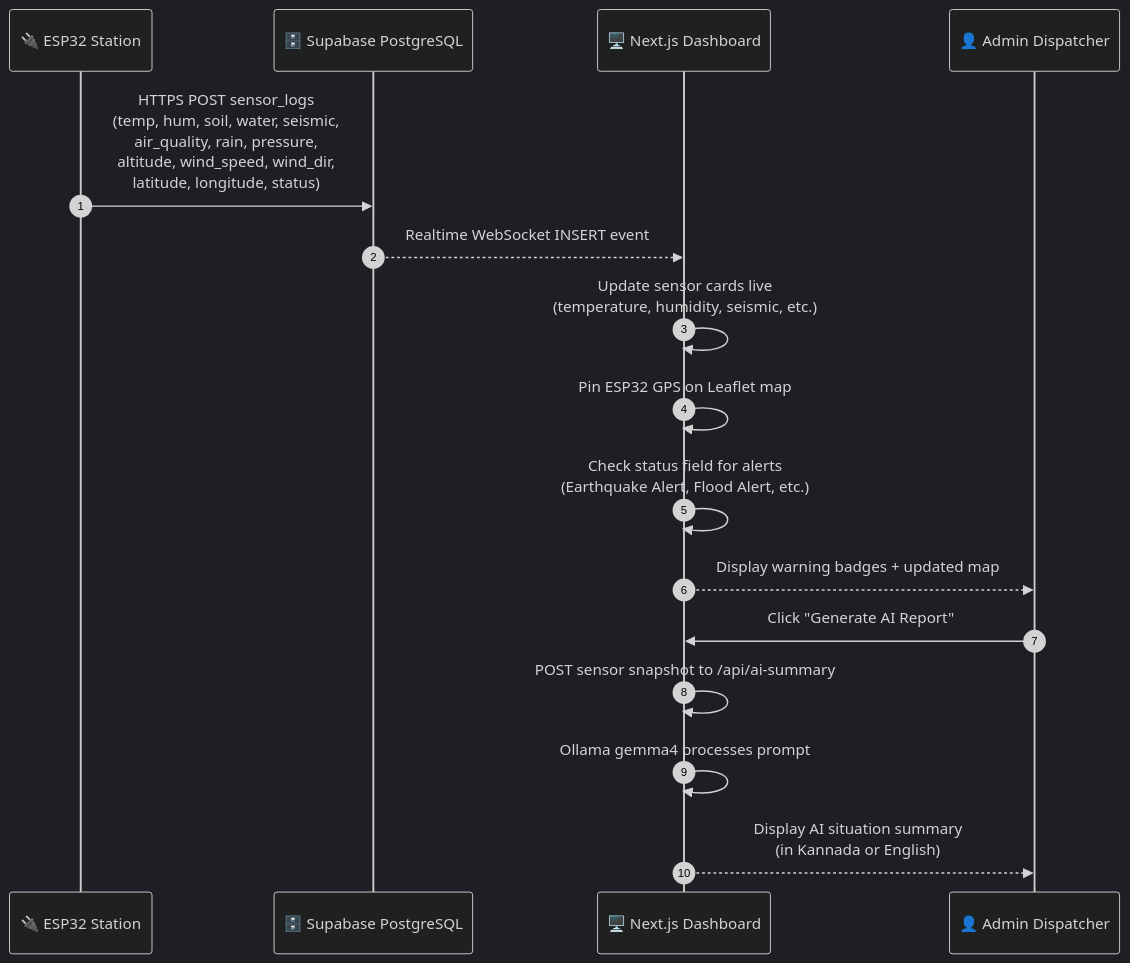
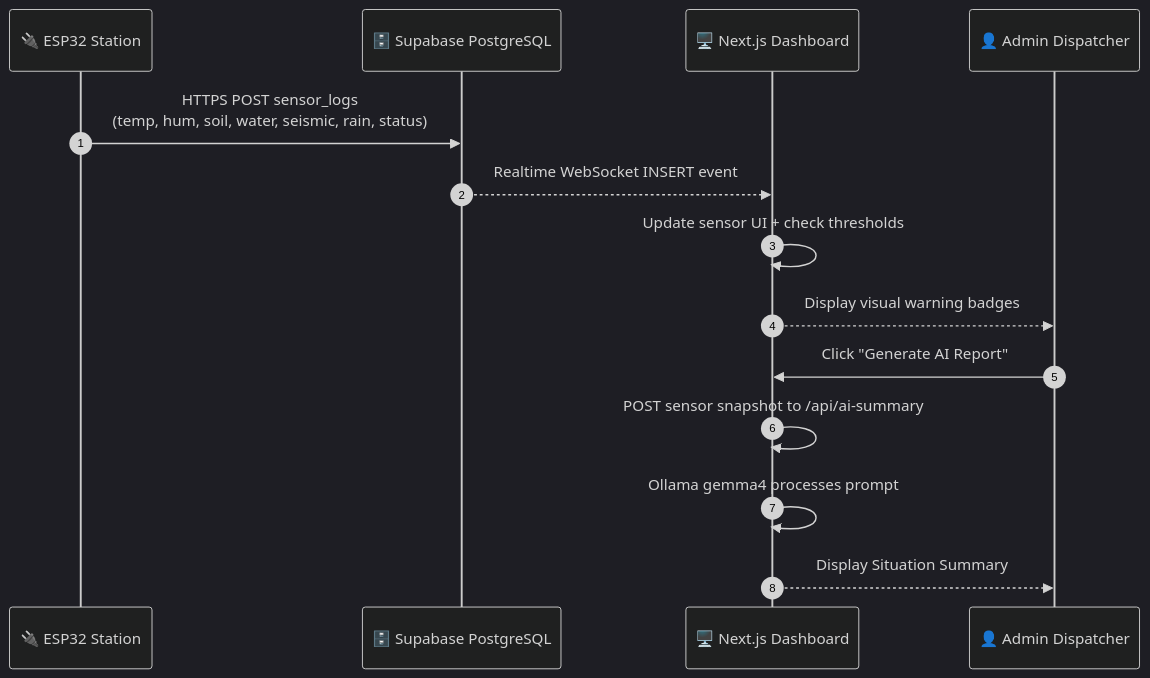
One commit to bharathkumar000/RESQLINK changed the fourth of 4 diagrams in hardware/system_architecture.md. Above: the diagram before and after it, drawn with Mermaid (dark theme). The commit also changed other lines of this file, not shown here.

````diff
--- a/hardware/system_architecture.md
+++ b/hardware/system_architecture.md
@@ -313,19 +224,17 @@
 ```mermaid
 sequenceDiagram
     autonumber
     participant E as 🔌 ESP32 Station
     participant S as 🗄️ Supabase PostgreSQL
     participant N as 🖥️ Next.js Dashboard
     participant A as 👤 Admin Dispatcher
 
-    E->>S: HTTPS POST sensor_logs<br/>(temp, hum, soil, water, seismic,<br/>air_quality, rain, pressure,<br/>altitude, wind_speed, wind_dir,<br/>latitude, longitude, status)
+    E->>S: HTTPS POST sensor_logs<br/>(temp, hum, soil, water, seismic, rain, status)
     S-->>N: Realtime WebSocket INSERT event
-    N->>N: Update sensor cards live<br/>(temperature, humidity, seismic, etc.)
-    N->>N: Pin ESP32 GPS on Leaflet map
-    N->>N: Check status field for alerts<br/>(Earthquake Alert, Flood Alert, etc.)
-    N-->>A: Display warning badges + updated map
+    N->>N: Update sensor UI + check thresholds
+    N-->>A: Display visual warning badges
     A->>N: Click "Generate AI Report"
     N->>N: POST sensor snapshot to /api/ai-summary
     N->>N: Ollama gemma4 processes prompt
-    N-->>A: Display AI situation summary<br/>(in Kannada or English)
+    N-->>A: Display Situation Summary
 ```
````
